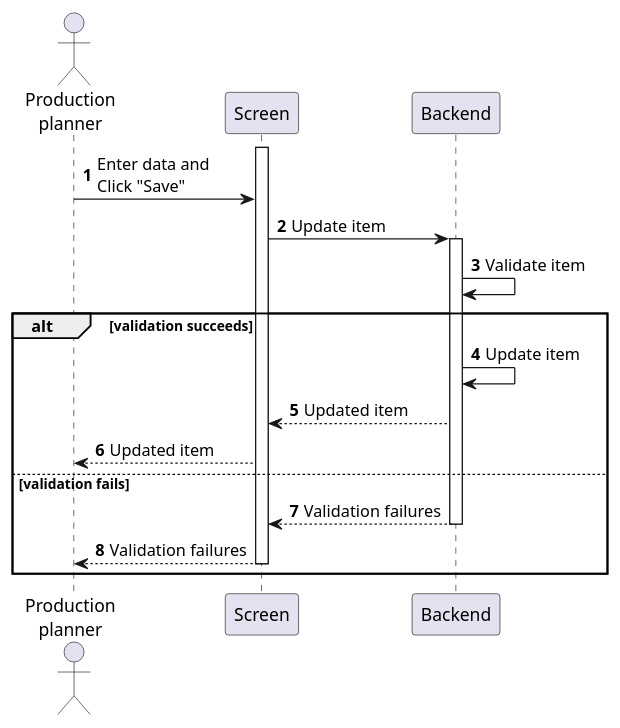
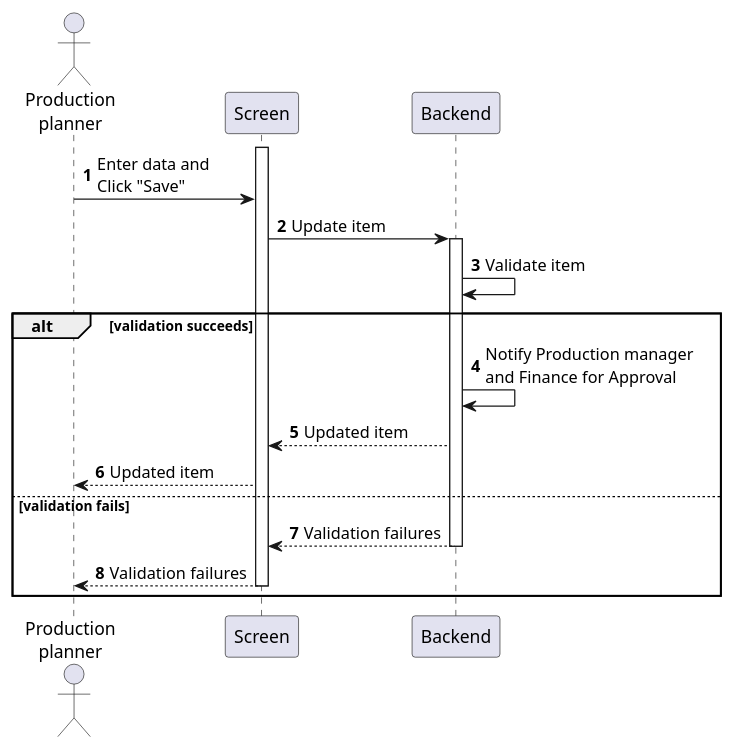
One commit to phihungha/scmss-reqs changed the diagram in sequences/purchase-requisition-update.plantuml. Above: the diagram before and after it, drawn with PlantUML. The commit also changed 21 other files, not shown here.

```diff
--- a/sequences/purchase-requisition-update.plantuml
+++ b/sequences/purchase-requisition-update.plantuml
@@ -1,23 +1,23 @@
 @startuml purchase-requisition-update
 autonumber
 
 actor "Production\nplanner" as a
 participant Screen as f
 participant Backend as b
 
 activate f
 a -> f : Enter data and\nClick "Save"
 f -> b : Update item
 activate b
 b -> b : Validate item
 
 alt validation succeeds
-    b -> b : Update item
+    b -> b : Notify Production manager\nand Finance for Approval
     b --> f : Updated item
     f --> a : Updated item
 else validation fails
     return Validation failures
     f --> a : Validation failures
     deactivate f
 end
 @enduml
```
